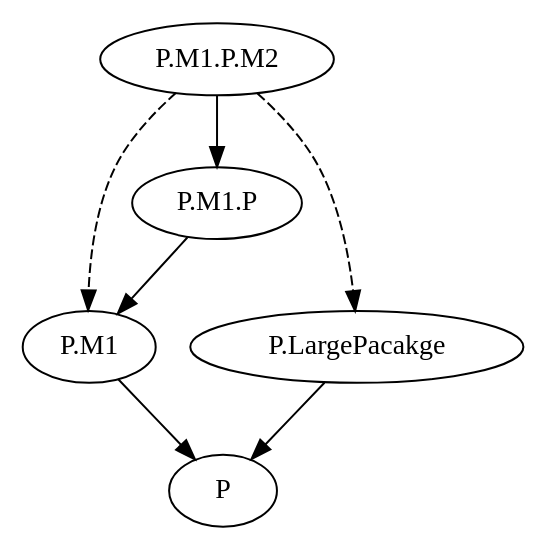
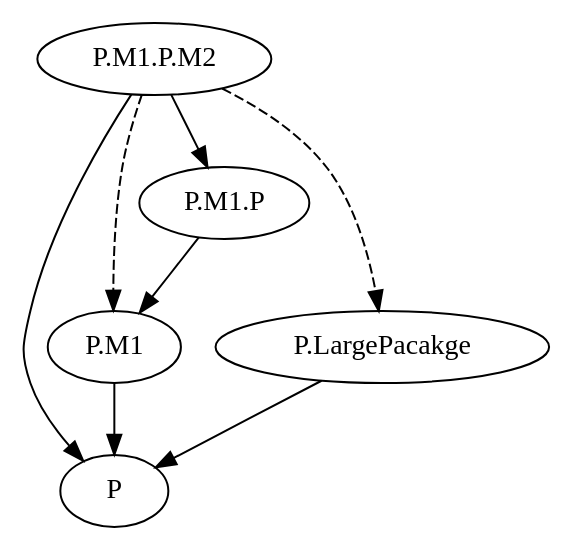
Before and after one commit to ErikHedblom/Master-Thesis: the diagram in Dot/Rule5.dot, drawn with Graphviz. The commit also changed 1 other file, not shown here.

```diff
--- a/Dot/Rule5.dot
+++ b/Dot/Rule5.dot
@@ -1,9 +1,10 @@
 digraph DependencyGraph {
 	"P"
 	"P.M1" ->"P"
 	"P.M1.P" -> "P.M1"
+	"P.M1.P.M2" -> "P"
 	"P.M1.P.M2" -> "P.M1.P"
 	"P.M1.P.M2" -> "P.M1" [style="dashed"]
 	"P.M1.P.M2" -> "P.LargePacakge" [style="dashed"]
 	"P.LargePacakge" -> "P"
 }
```
